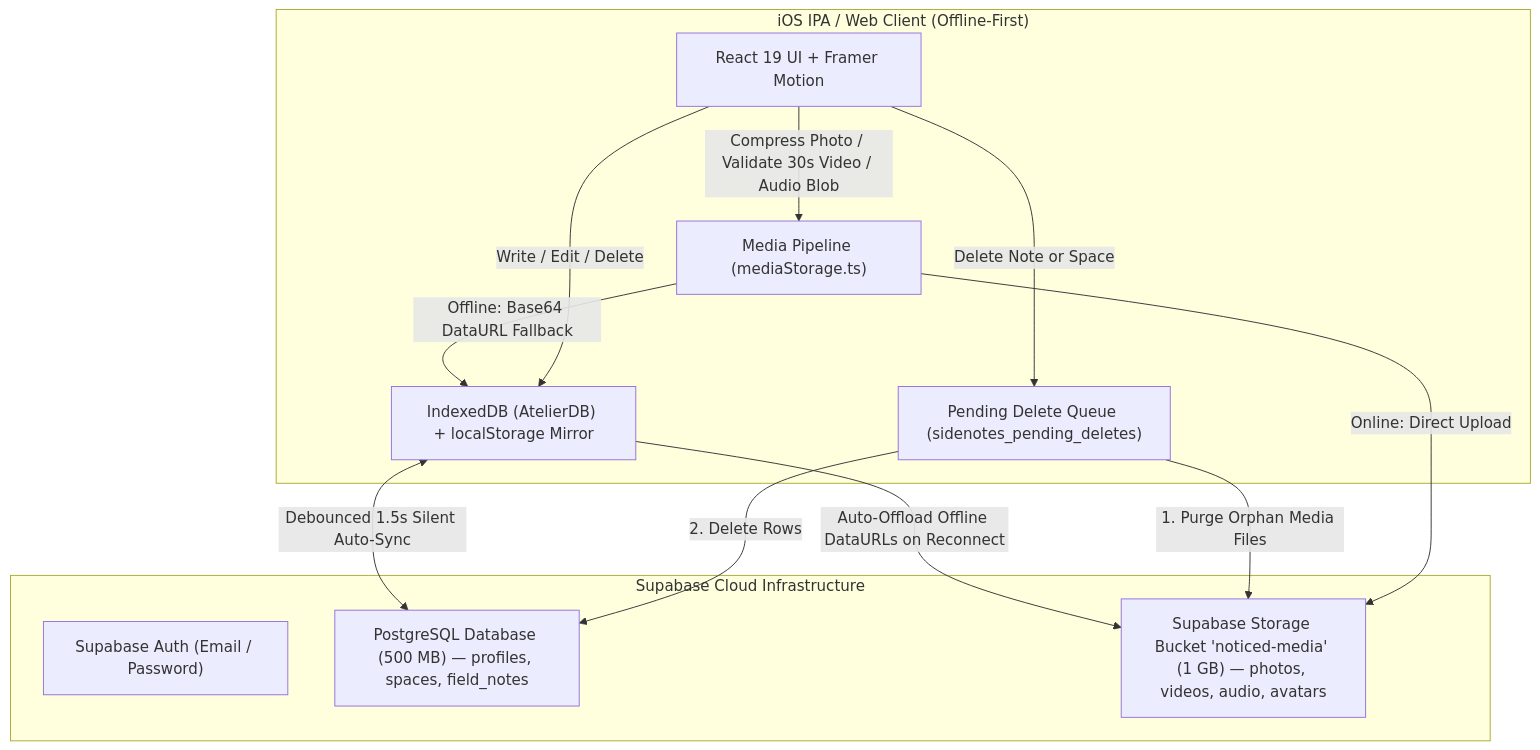
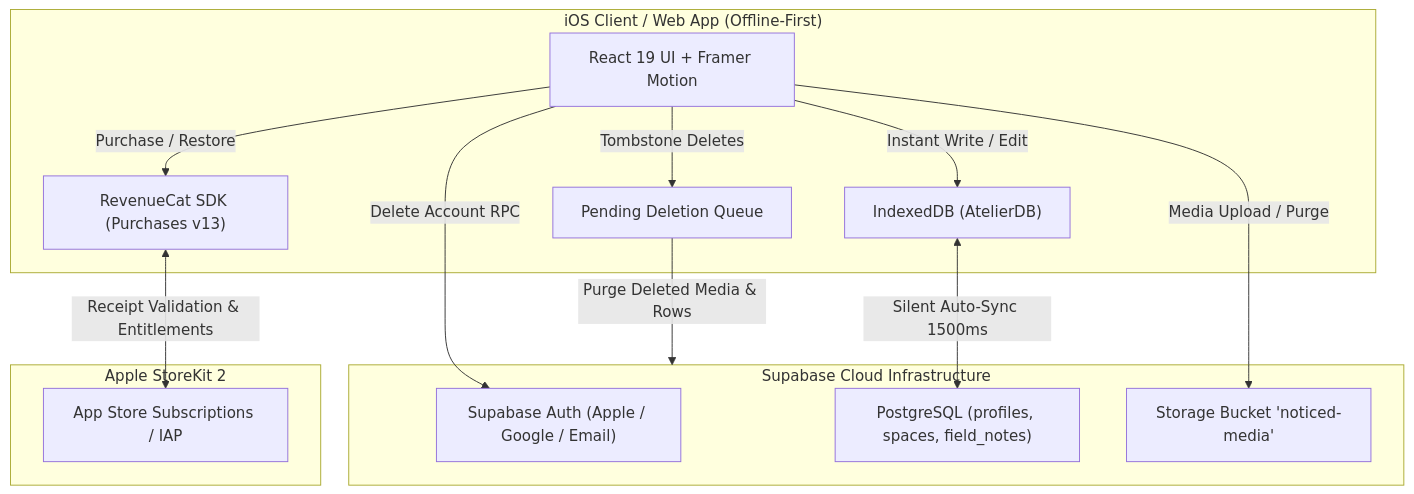
The diagram in WHITEPAPER.md (callipolis-inc/noticed-app), drawn with Mermaid before and after one commit. The commit also changed other lines of this file and 2 other files, not shown here.

Commit message:
docs: update whitepaper v2.0, gemini rules, and project architectural invariants

````diff
--- a/WHITEPAPER.md
+++ b/WHITEPAPER.md
@@ -76,25 +84,28 @@
 ```mermaid
 flowchart TD
-    subgraph Client["iOS IPA / Web Client (Offline-First)"]
+    subgraph Client["iOS Client / Web App (Offline-First)"]
         UI["React 19 UI + Framer Motion"]
-        IDB["IndexedDB (AtelierDB) + localStorage Mirror"]
-        Tombstone["Pending Delete Queue (sidenotes_pending_deletes)"]
-        MediaProc["Media Pipeline (mediaStorage.ts)"]
+        IDB["IndexedDB (AtelierDB)"]
+        RC["RevenueCat SDK (Purchases v13)"]
+        Tombstone["Pending Deletion Queue"]
     end
 
     subgraph Cloud["Supabase Cloud Infrastructure"]
-        Auth["Supabase Auth (Email / Password)"]
-        PG["PostgreSQL Database (500 MB) — profiles, spaces, field_notes"]
-        Bucket["Supabase Storage Bucket 'noticed-media' (1 GB) — photos, videos, audio, avatars"]
+        Auth["Supabase Auth (Apple / Google / Email)"]
+        PG["PostgreSQL (profiles, spaces, field_notes)"]
+        Storage["Storage Bucket 'noticed-media'"]
     end
 
-    UI -->|Write / Edit / Delete| IDB
-    UI -->|Compress Photo / Validate 30s Video / Audio Blob| MediaProc
-    MediaProc -->|Online: Direct Upload| Bucket
-    MediaProc -->|Offline: Base64 DataURL Fallback| IDB
-    UI -->|Delete Note or Space| Tombstone
-    Tombstone -->|1. Purge Orphan Media Files| Bucket
-    Tombstone -->|2. Delete Rows| PG
-    IDB <-->|Debounced 1.5s Silent Auto-Sync| PG
-    IDB -->|Auto-Offload Offline DataURLs on Reconnect| Bucket
+    subgraph AppleStoreKit["Apple StoreKit 2"]
+        SK["App Store Subscriptions / IAP"]
+    end
+
+    UI -->|Instant Write / Edit| IDB
+    UI -->|Purchase / Restore| RC
+    RC <-->|Receipt Validation & Entitlements| SK
+    IDB <-->|Silent Auto-Sync 1500ms| PG
+    UI -->|Media Upload / Purge| Storage
+    UI -->|Delete Account RPC| Auth
+    UI -->|Tombstone Deletes| Tombstone
+    Tombstone -->|Purge Deleted Media & Rows| Cloud
 ```
````
